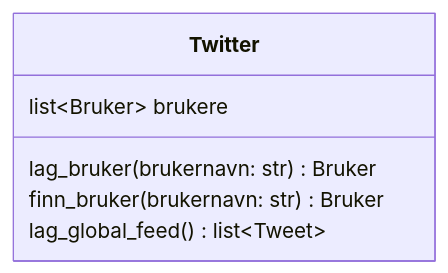
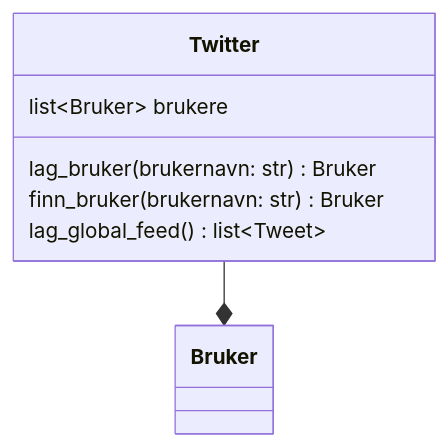
One commit to thorcc/it2-bok changed the diagram in src/content/docs/twitter/4-twitter.mdx. Above: the diagram before and after it, drawn with Mermaid. The commit also changed other lines of this file and 3 other files, not shown here.

````diff
--- a/src/content/docs/twitter/4-twitter.mdx
+++ b/src/content/docs/twitter/4-twitter.mdx
@@ -28,9 +18,10 @@
 ```mermaid
 classDiagram
 class Twitter {
     list~Bruker~ brukere
     lag_bruker(brukernavn: str) Bruker
     finn_bruker(brukernavn: str) Bruker
     lag_global_feed() list~Tweet~
 }
+Twitter --* Bruker
 ```
````
